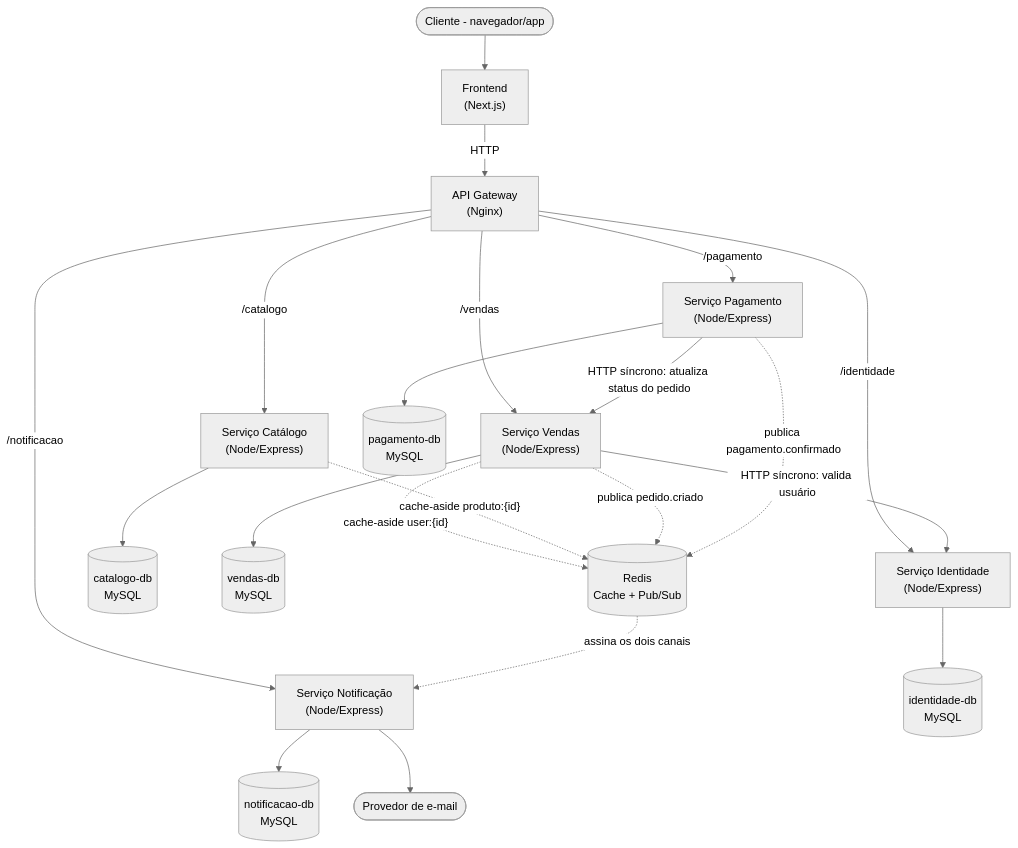
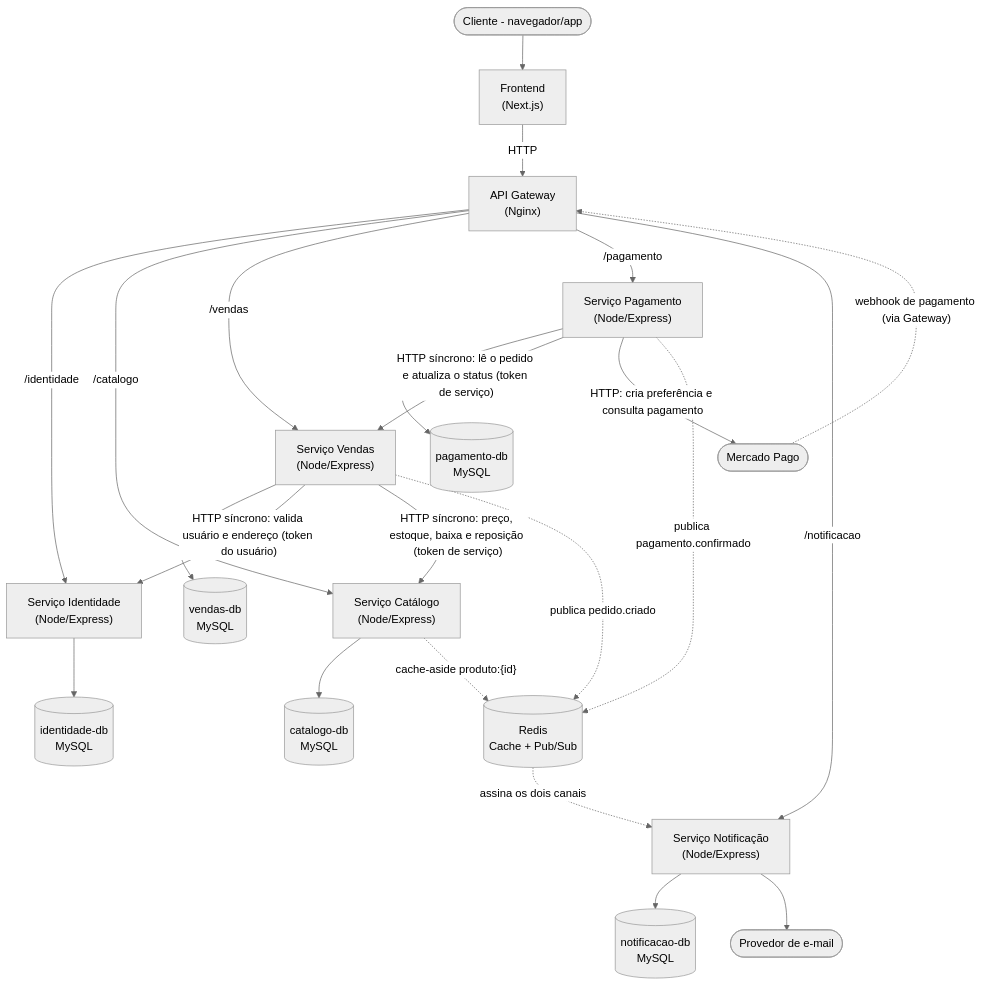
The diagram in documentacao-arquiteturial/c4-containers.md (MCEcelulares/mce-celulares), drawn with Mermaid (neutral theme) before and after one commit. The commit also changed other lines of this file and 126 other files, not shown here.

````diff
--- a/documentacao-arquiteturial/c4-containers.md
+++ b/documentacao-arquiteturial/c4-containers.md
@@ -5,47 +5,50 @@
 ```mermaid
 graph TD
     Cliente([Cliente - navegador/app])
     FE["Frontend<br/>(Next.js)"]
     GW["API Gateway<br/>(Nginx)"]
 
     SVC_ID["Serviço Identidade<br/>(Node/Express)"]
     SVC_CAT["Serviço Catálogo<br/>(Node/Express)"]
     SVC_VEN["Serviço Vendas<br/>(Node/Express)"]
     SVC_PAG["Serviço Pagamento<br/>(Node/Express)"]
     SVC_NOT["Serviço Notificação<br/>(Node/Express)"]
 
     DB_ID[("identidade-db<br/>MySQL")]
     DB_CAT[("catalogo-db<br/>MySQL")]
     DB_VEN[("vendas-db<br/>MySQL")]
     DB_PAG[("pagamento-db<br/>MySQL")]
     DB_NOT[("notificacao-db<br/>MySQL")]
 
     REDIS[("Redis<br/>Cache + Pub/Sub")]
     EMAIL([Provedor de e-mail])
+    MP([Mercado Pago])
 
     Cliente --> FE
     FE -->|HTTP| GW
     GW -->|"/identidade"| SVC_ID
     GW -->|"/catalogo"| SVC_CAT
     GW -->|"/vendas"| SVC_VEN
     GW -->|"/pagamento"| SVC_PAG
     GW -->|"/notificacao"| SVC_NOT
 
     SVC_ID --> DB_ID
     SVC_CAT --> DB_CAT
     SVC_VEN --> DB_VEN
     SVC_PAG --> DB_PAG
     SVC_NOT --> DB_NOT
 
-    SVC_VEN -->|"HTTP síncrono: valida usuário"| SVC_ID
-    SVC_PAG -->|"HTTP síncrono: atualiza status do pedido"| SVC_VEN
+    SVC_VEN -->|"HTTP síncrono: valida usuário e endereço (token do usuário)"| SVC_ID
+    SVC_VEN -->|"HTTP síncrono: preço, estoque, baixa e reposição (token de serviço)"| SVC_CAT
+    SVC_PAG -->|"HTTP síncrono: lê o pedido e atualiza o status (token de serviço)"| SVC_VEN
+    SVC_PAG -->|"HTTP: cria preferência e consulta pagamento"| MP
+    MP -.->|"webhook de pagamento (via Gateway)"| GW
 
-    SVC_VEN -.->|"cache-aside user:{id}"| REDIS
     SVC_CAT -.->|"cache-aside produto:{id}"| REDIS
 
     SVC_VEN -.->|"publica pedido.criado"| REDIS
     SVC_PAG -.->|"publica pagamento.confirmado"| REDIS
     REDIS -.->|"assina os dois canais"| SVC_NOT
 
     SVC_NOT --> EMAIL
 ```
````
